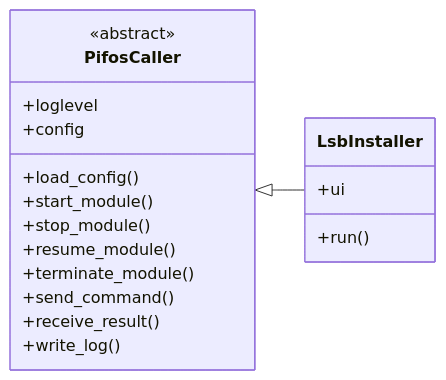
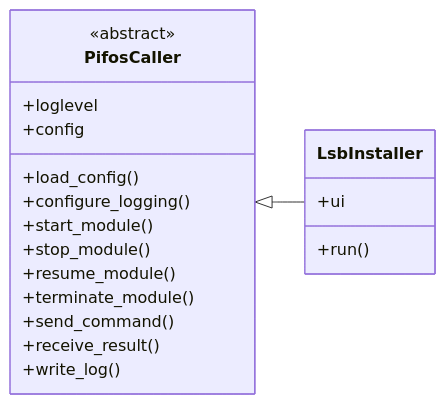
Before and after one commit to macodix/pifos: the fifth of 7 diagrams in docs/04_implementierungsplan.md, drawn with Mermaid. The commit also changed other lines of this file, not shown here.

Commit message:
Plan: configure_logging in Methodentabelle, Diagramm und Kap. 7.1

````diff
--- a/docs/04_implementierungsplan.md
+++ b/docs/04_implementierungsplan.md
@@ -306,24 +306,25 @@
 ```mermaid
 classDiagram
     direction LR
 
     class PifosCaller {
         <<abstract>>
         +loglevel
         +config
         +load_config()
+        +configure_logging()
         +start_module()
         +stop_module()
         +resume_module()
         +terminate_module()
         +send_command()
         +receive_result()
         +write_log()
     }
     class LsbInstaller {
         +ui
         +run()
     }
 
     PifosCaller <|-- LsbInstaller
 ```
````
